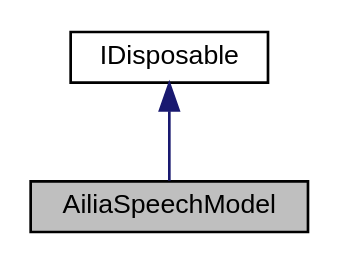
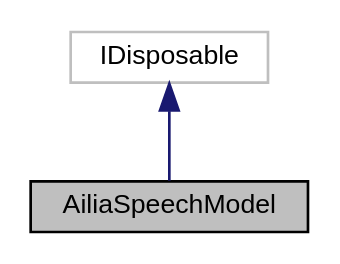
The diagram in supplemental/speech/unity/jp/classAiliaSpeechModel__coll__graph.dot (axinc-ai/ailia-sdk), drawn with Graphviz before and after one commit. The commit also changed 369 other files, not shown here.

Commit message:
Update ailia speech document

```diff
--- a/supplemental/speech/unity/jp/classAiliaSpeechModel__coll__graph.dot
+++ b/supplemental/speech/unity/jp/classAiliaSpeechModel__coll__graph.dot
@@ -1,9 +1,8 @@
 digraph "AiliaSpeechModel"
 {
- // LATEX_PDF_SIZE
   edge [fontname="Helvetica",fontsize="10",labelfontname="Helvetica",labelfontsize="10"];
   node [fontname="Helvetica",fontsize="10",shape=record];
-  Node1 [label="AiliaSpeechModel",height=0.2,width=0.4,color="black", fillcolor="grey75", style="filled", fontcolor="black",tooltip=" "];
-  Node2 -> Node1 [dir="back",color="midnightblue",fontsize="10",style="solid",fontname="Helvetica"];
-  Node2 [label="IDisposable",height=0.2,width=0.4,color="black", fillcolor="white", style="filled",tooltip=" "];
+  Node2 [label="AiliaSpeechModel",height=0.2,width=0.4,color="black", fillcolor="grey75", style="filled", fontcolor="black"];
+  Node3 -> Node2 [dir="back",color="midnightblue",fontsize="10",style="solid",fontname="Helvetica"];
+  Node3 [label="IDisposable",height=0.2,width=0.4,color="grey75", fillcolor="white", style="filled"];
 }
```
